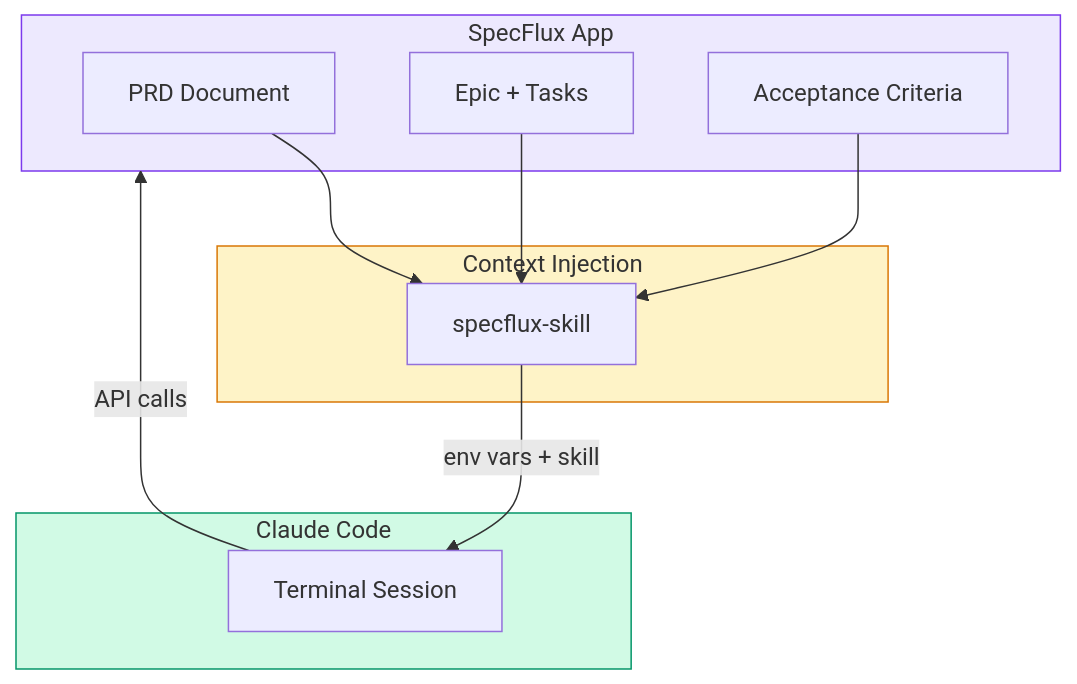
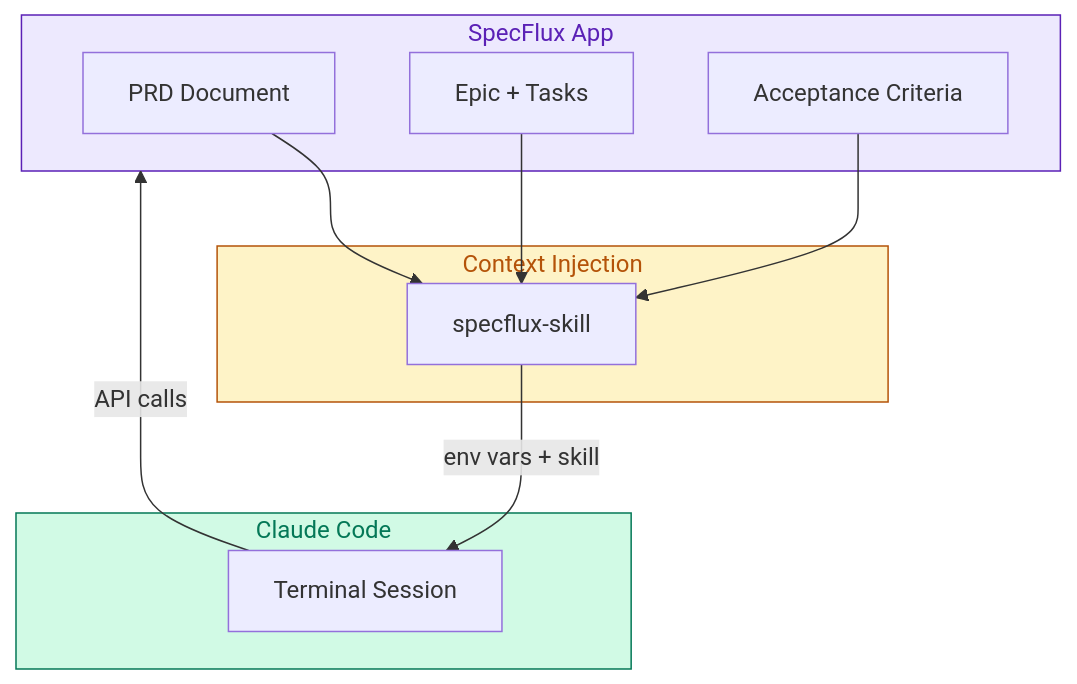
Before and after one commit to cliangdev/specflux: the second of 4 diagrams in docs/ARCHITECTURE.md, drawn with Mermaid. The commit also changed other lines of this file and 1 other file, not shown here.

First line of the commit message:
docs: use darker colors for diagram titles

````diff
--- a/docs/ARCHITECTURE.md
+++ b/docs/ARCHITECTURE.md
@@ -51,26 +51,26 @@
 ```mermaid
 flowchart TB
     subgraph SpecFlux ["SpecFlux App"]
         PRD[PRD Document]
         Epic[Epic + Tasks]
         AC[Acceptance Criteria]
     end
 
     subgraph Injection ["Context Injection"]
         Skill[specflux-skill]
     end
 
     subgraph Agent ["Claude Code"]
         Terminal[Terminal Session]
     end
 
     PRD --> Skill
     Epic --> Skill
     AC --> Skill
     Skill -->|"env vars + skill"| Terminal
     Terminal -->|API calls| SpecFlux
 
-    style SpecFlux fill:#ede9fe,stroke:#7c3aed
-    style Injection fill:#fef3c7,stroke:#d97706
-    style Agent fill:#d1fae5,stroke:#059669
+    style SpecFlux fill:#ede9fe,stroke:#5b21b6,color:#5b21b6
+    style Injection fill:#fef3c7,stroke:#b45309,color:#b45309
+    style Agent fill:#d1fae5,stroke:#047857,color:#047857
 ```
````
